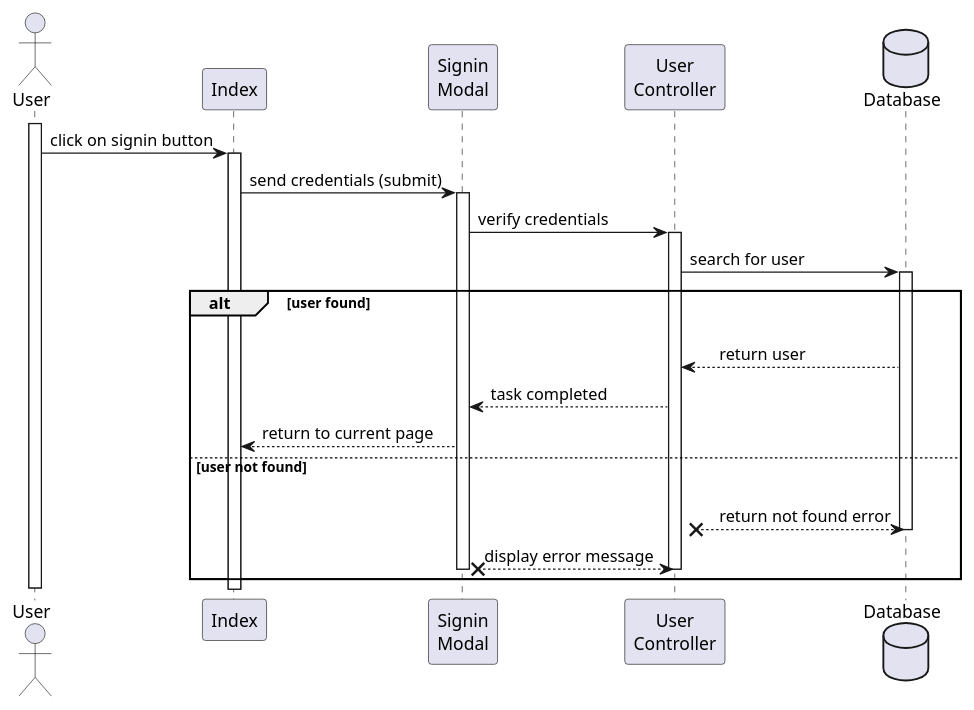
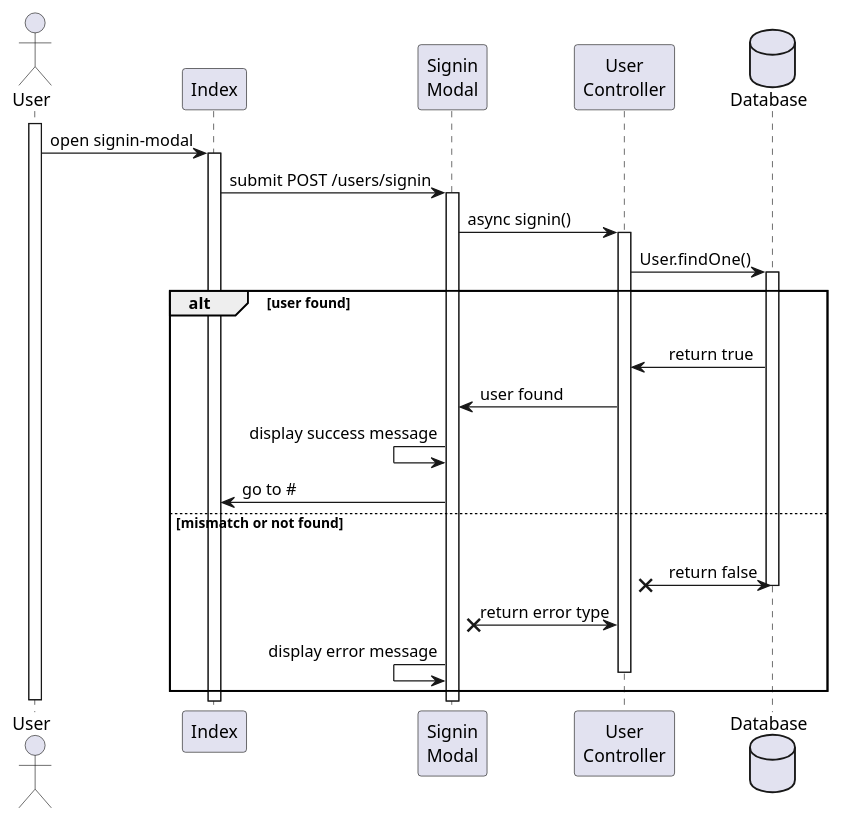
The diagram in app-diagrams/sequence/user/signin.wsd (TommasoScalici/BnB), drawn with PlantUML before and after one commit. The commit also changed 8 other files, not shown here.

Commit message:
sequence diagrams fixed and created

```diff
--- a/app-diagrams/sequence/user/signin.wsd
+++ b/app-diagrams/sequence/user/signin.wsd
@@ -1,38 +1,39 @@
 @startuml signin
 
 actor User
 participant "Index" as Index
 participant "Signin\nModal" as SigninModal
 participant "User\nController" as UserController
 database Database
 
 activate User
-        User -> Index: click on signin button
+        User -> Index: open signin-modal
     activate Index
-        Index -> SigninModal: send credentials (submit) 
+        Index -> SigninModal: submit POST /users/signin
     
     
 
     activate SigninModal
-        SigninModal -> UserController: verify credentials
+        SigninModal -> UserController: async signin()
         activate UserController
-        UserController -> Database: search for user
+        UserController -> Database: User.findOne()
         activate Database
         alt user found
-        UserController <-- Database : \n    return user
-        SigninModal <-- UserController: task completed
+        UserController <- Database : \n    return true
+        SigninModal <- UserController: user found
         
-        Index <-- SigninModal: return to current page
+        SigninModal <- SigninModal: display success message
+        Index <- SigninModal: go to #
         
-        else user not found
-        UserController x-- Database : \n    return not found error
+        else mismatch or not found
+        UserController x- Database : \n    return false
         deactivate Database
-        SigninModal x-- UserController: display error message
+        SigninModal x- UserController: return error type
+        SigninModal <- SigninModal: display error message
         deactivate UserController
-        deactivate SigninModal
         end
 
     
 deactivate User
 
 @enduml
```
